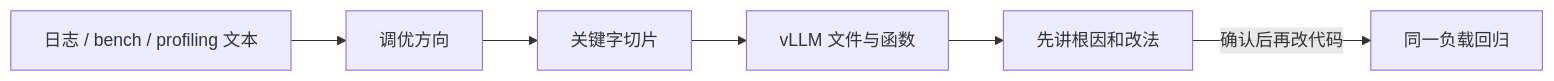
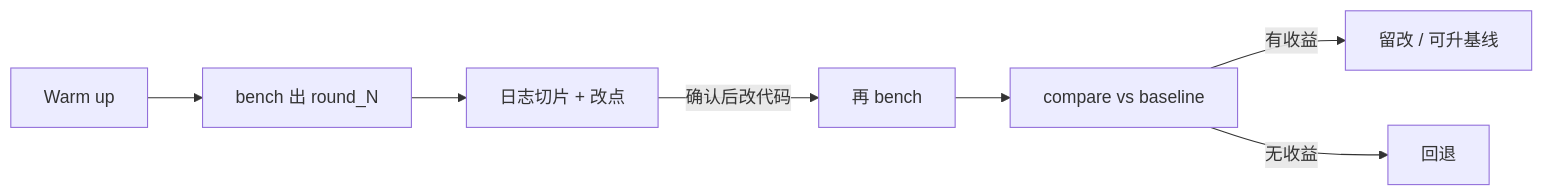
The diagram in reasoning-framework-analysis/log-analyze/README.md (heckletbot/document), drawn with Mermaid before and after one commit. The commit also changed other lines of this file and 5 other files, not shown here.

````diff
--- a/reasoning-framework-analysis/log-analyze/README.md
+++ b/reasoning-framework-analysis/log-analyze/README.md
@@ -9,8 +9,9 @@
 ```mermaid
 flowchart LR
-  L[日志 / bench / profiling 文本] --> D[调优方向]
-  D --> K[关键字切片]
-  K --> C[vLLM 文件与函数]
-  C --> H[先讲根因和改法]
-  H -->|确认后再改代码| V[同一负载回归]
+  W[Warm up] --> B[bench 出 round_N]
+  B --> A[日志切片 + 改点]
+  A -->|确认后改代码| T[再 bench]
+  T --> C[compare vs baseline]
+  C -->|有收益| K[留改 / 可升基线]
+  C -->|无收益| R[回退]
 ```
````
